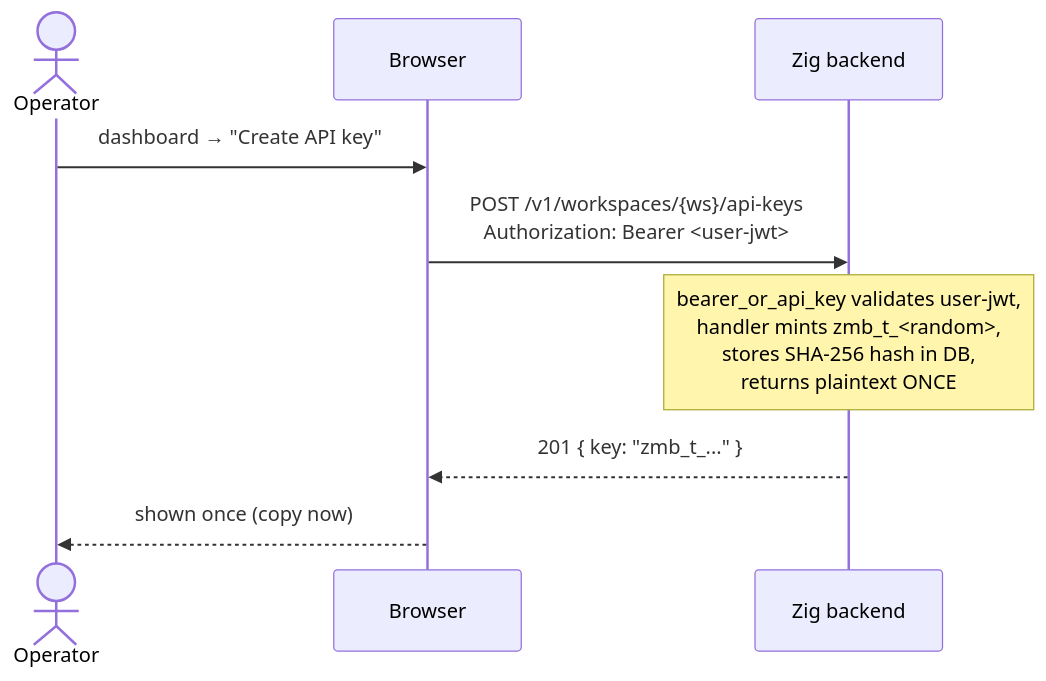
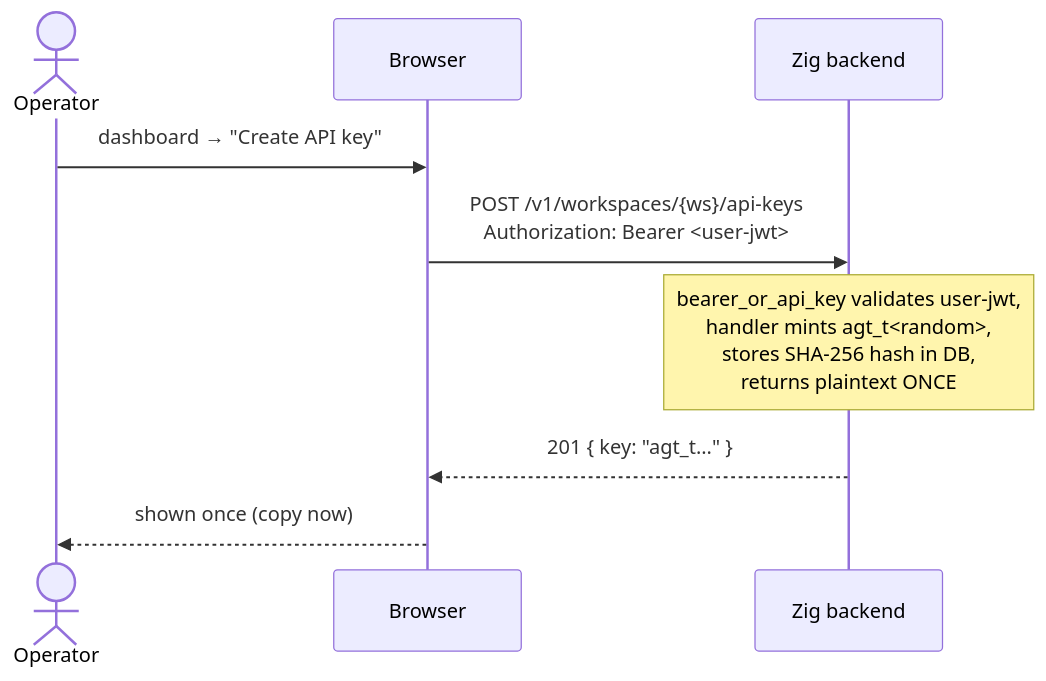
Before and after one commit to agentsfleet/agentsfleet: the fourth of 9 diagrams in docs/AUTH.md, drawn with Mermaid. The commit also changed other lines of this file and 97 other files, not shown here.

````diff
--- a/docs/AUTH.md
+++ b/docs/AUTH.md
@@ -236,12 +236,12 @@
 ```mermaid
 sequenceDiagram
     actor Operator
     participant Browser
     participant API as Zig backend
 
     Operator->>Browser: dashboard → "Create API key"
     Browser->>API: POST /v1/workspaces/{ws}/api-keys<br/>Authorization: Bearer <user-jwt>
-    Note over API: bearer_or_api_key validates user-jwt,<br/>handler mints zmb_t_<random>,<br/>stores SHA-256 hash in DB,<br/>returns plaintext ONCE
-    API-->>Browser: 201 { key: "zmb_t_..." }
+    Note over API: bearer_or_api_key validates user-jwt,<br/>handler mints agt_t<random>,<br/>stores SHA-256 hash in DB,<br/>returns plaintext ONCE
+    API-->>Browser: 201 { key: "agt_t..." }
     Browser-->>Operator: shown once (copy now)
 ```
````
